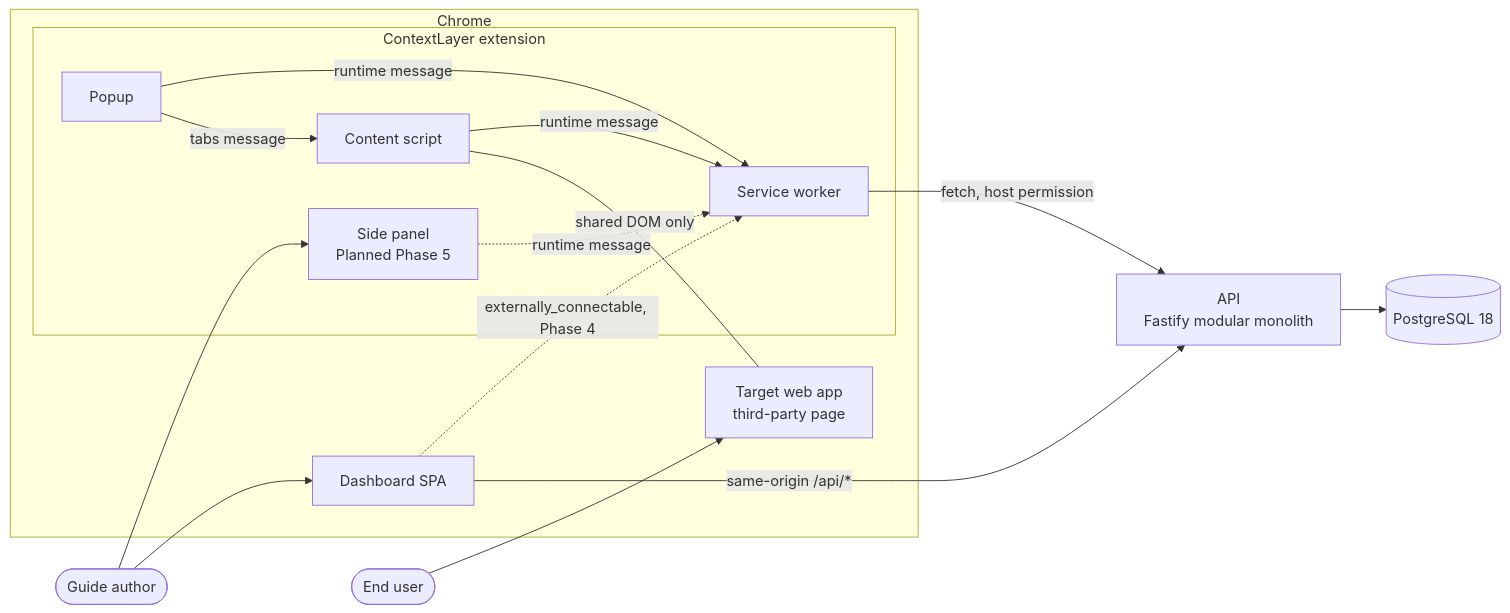
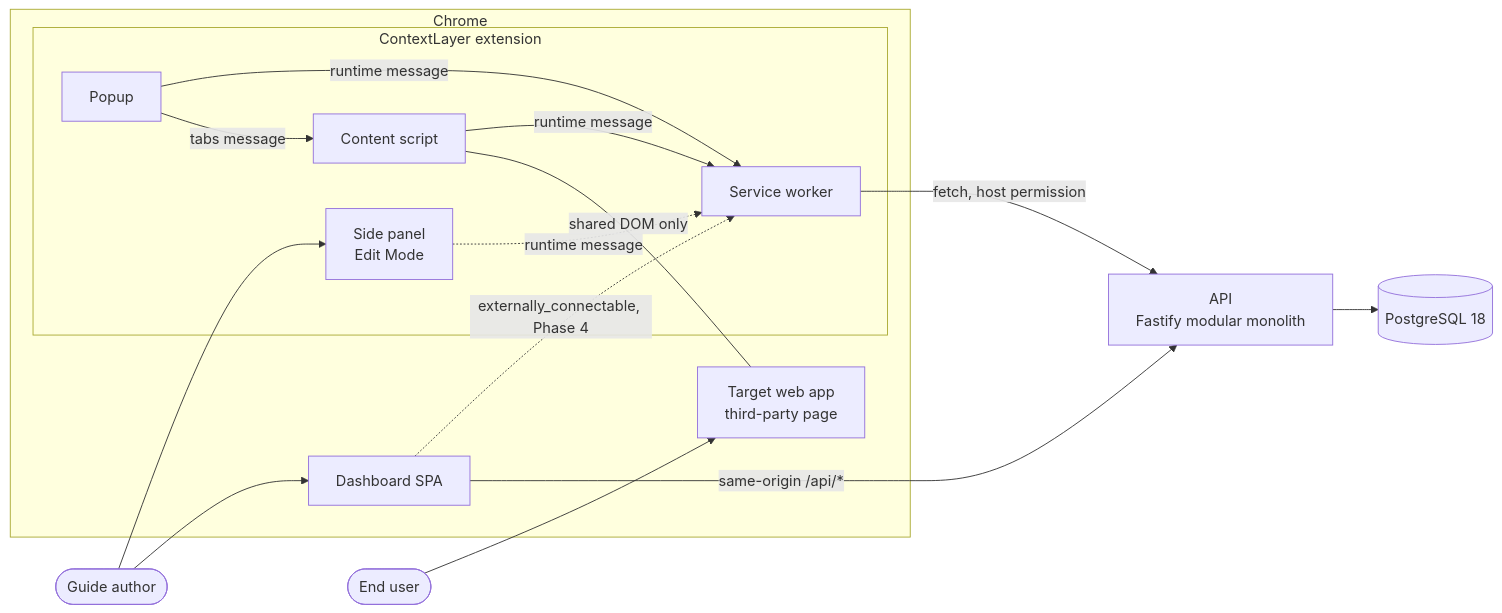
The first of 10 diagrams in docs/architecture.md (JJMonzon072/contextlayer), drawn with Mermaid before and after one commit. The commit also changed other lines of this file and 14 other files, not shown here.

First line of the commit message:
document Phase 5: Edit Mode

````diff
--- a/docs/architecture.md
+++ b/docs/architecture.md
@@ -36,32 +36,32 @@
 ```mermaid
 flowchart LR
   author([Guide author])
   learner([End user])
 
   subgraph browser[Chrome]
     dash[Dashboard SPA]
     subgraph ext[ContextLayer extension]
       popup[Popup]
-      panel[Side panel<br/>Planned Phase 5]
+      panel[Side panel<br/>Edit Mode]
       sw[Service worker]
       cs[Content script]
     end
     target[Target web app<br/>third-party page]
   end
 
   api[API<br/>Fastify modular monolith]
   db[(PostgreSQL 18)]
 
   author --> dash
   author --> panel
   learner --> target
   dash -- "same-origin /api/*" --> api
   popup -- runtime message --> sw
   panel -. runtime message .-> sw
   cs -- runtime message --> sw
   popup -- tabs message --> cs
   cs -- "shared DOM only" --- target
   sw -- "fetch, host permission" --> api
   api --> db
   dash -. "externally_connectable, Phase 4" .-> sw
 ```
````
